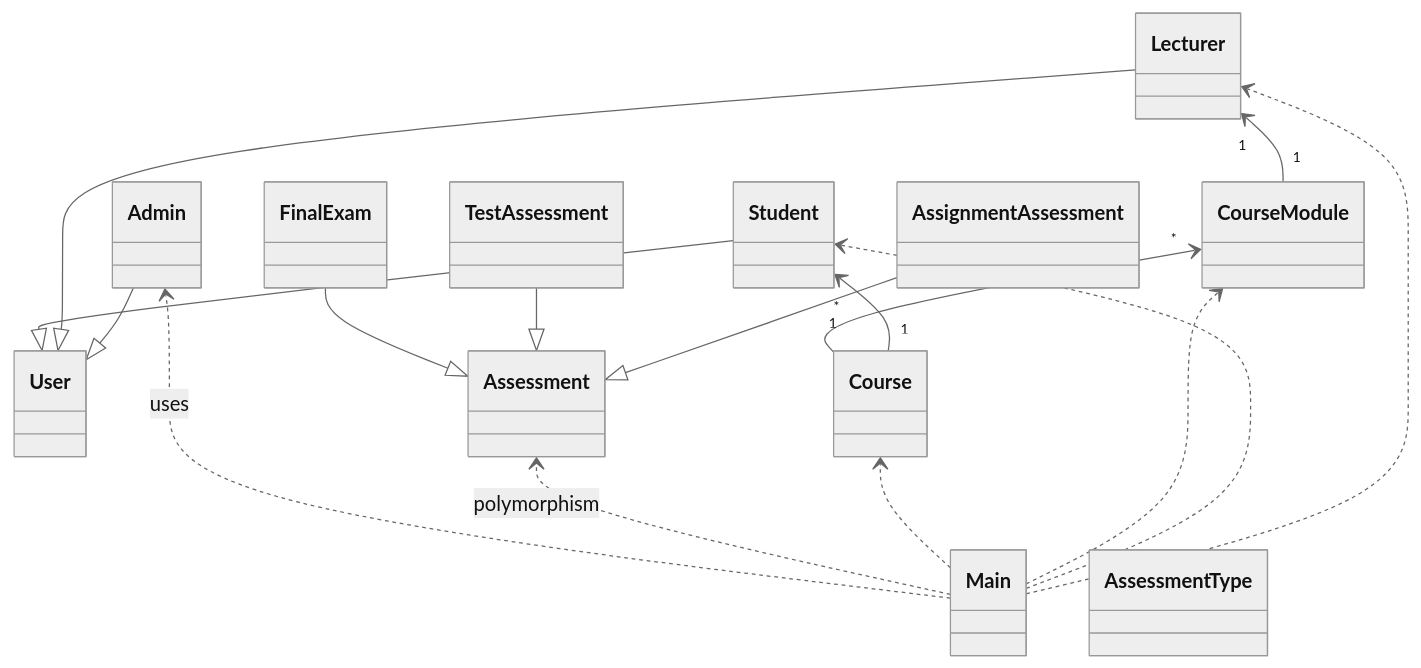
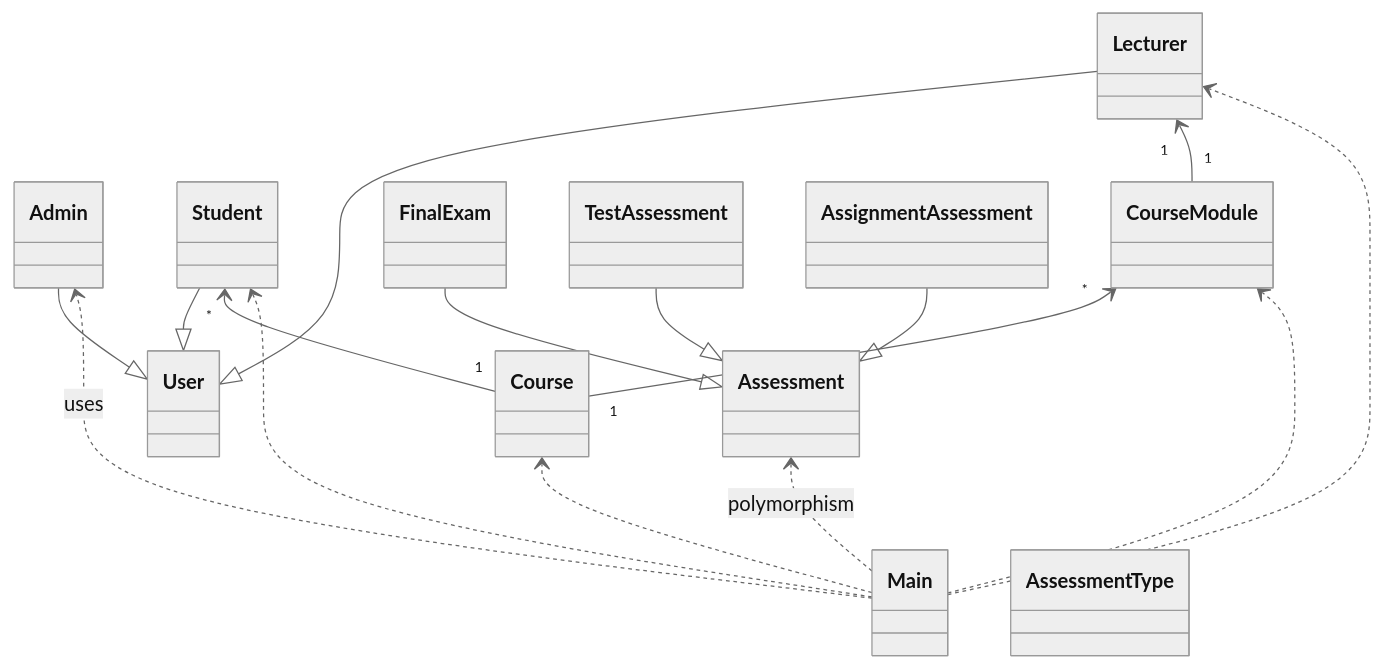
Before and after one commit to MichaelMcKibbin/UCMS-NoPackages: the diagram in docs/src.md, drawn with Mermaid (neutral theme). The commit also changed 24 other files, not shown here.

````diff
--- a/docs/src.md
+++ b/docs/src.md
@@ -1,37 +1,38 @@
 ```mermaid
 classDiagram
 direction BT
 
+class Admin
+class Student
 class User
-class Student
 class Lecturer
 class Course
 class CourseModule
 class Assessment
 class FinalExam
 class TestAssessment
 class AssignmentAssessment
-class Admin
 class Main
 class AssessmentType
 
+User <|-- Admin
 User <|-- Student
 User <|-- Lecturer
-User <|-- Admin
+
 
 Course "1" --> "*" CourseModule
 Course "1" --> "*" Student
 CourseModule "1" --> "1" Lecturer
 
-Assessment <|-- FinalExam
 Assessment <|-- TestAssessment
 Assessment <|-- AssignmentAssessment
+Assessment <|-- FinalExam
 
 Main ..> Admin : uses
 Main ..> Assessment : polymorphism
 Main ..> Course
 Main ..> CourseModule
 Main ..> Student
 Main ..> Lecturer
 
 ```
````
